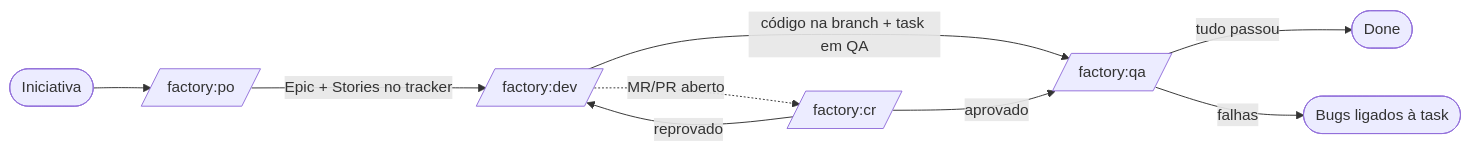
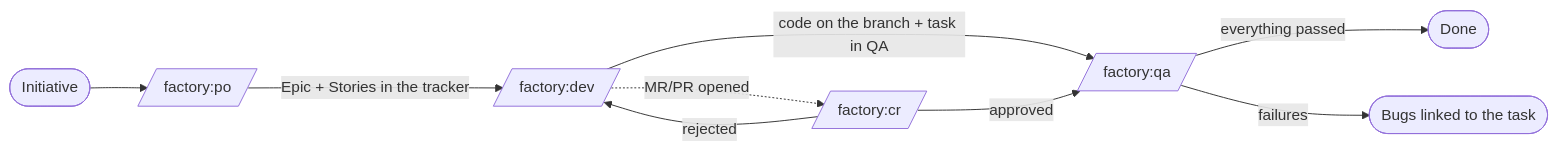
The diagram in docs/index.md (correaschneider/ai-factory), drawn with Mermaid before and after one commit. The commit also changed other lines of this file and 49 other files, not shown here.

````diff
--- a/docs/index.md
+++ b/docs/index.md
@@ -7,11 +15,11 @@
 ```mermaid
 flowchart LR
-    I([Iniciativa]) --> PO[/factory:po/]
-    PO -->|Epic + Stories no tracker| DEV[/factory:dev/]
-    DEV -->|código na branch + task em QA| QA[/factory:qa/]
-    DEV -.->|MR/PR aberto| CR[/factory:cr/]
-    CR -->|aprovado| QA
-    CR -->|reprovado| DEV
-    QA -->|tudo passou| D([Done])
-    QA -->|falhas| B([Bugs ligados à task])
+    I([Initiative]) --> PO[/factory:po/]
+    PO -->|Epic + Stories in the tracker| DEV[/factory:dev/]
+    DEV -->|code on the branch + task in QA| QA[/factory:qa/]
+    DEV -.->|MR/PR opened| CR[/factory:cr/]
+    CR -->|approved| QA
+    CR -->|rejected| DEV
+    QA -->|everything passed| D([Done])
+    QA -->|failures| B([Bugs linked to the task])
 ```
````
